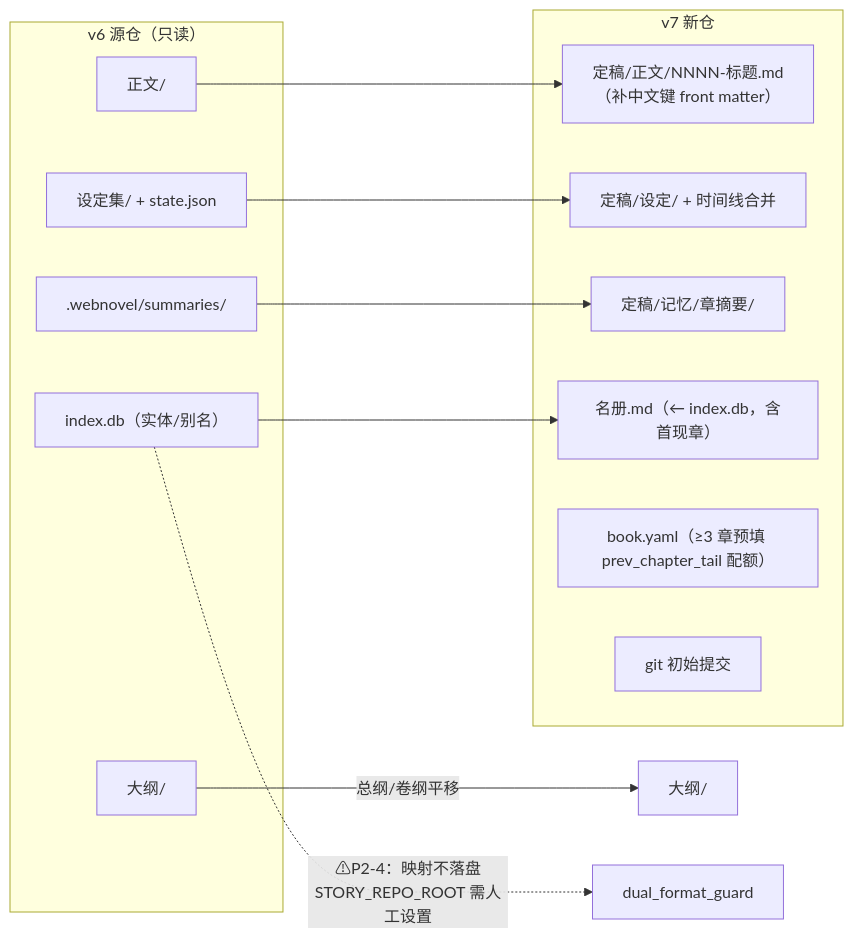
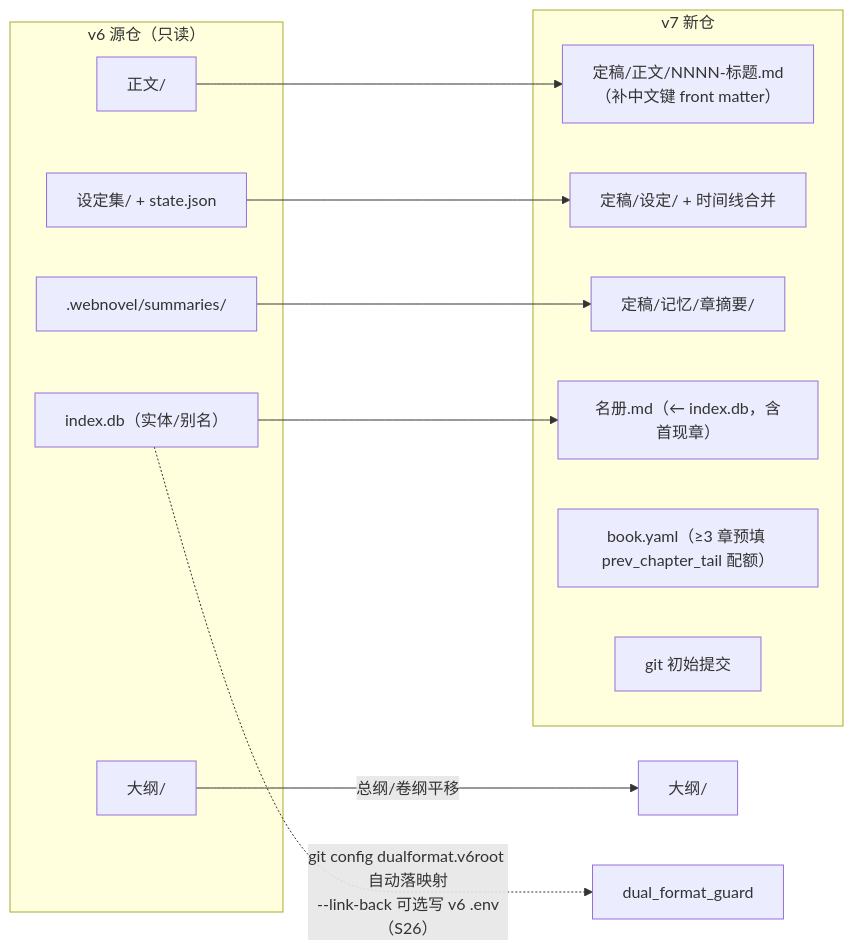
One commit to alittleseven/webnovel-writer changed the eighth of 8 diagrams in docs/architecture/functional-flow-and-data-flow.md. Above: the diagram before and after it, drawn with Mermaid. The commit also changed other lines of this file and 41 other files, not shown here.

````diff
--- a/docs/architecture/functional-flow-and-data-flow.md
+++ b/docs/architecture/functional-flow-and-data-flow.md
@@ -268,24 +268,24 @@
 ```mermaid
 flowchart LR
     subgraph V6S["v6 源仓（只读）"]
         ZW["正文/"]
         SJ["设定集/ + state.json"]
         IDX6["index.db（实体/别名）"]
         SUM6[".webnovel/summaries/"]
         DL6["大纲/"]
     end
     subgraph V7T["v7 新仓"]
         Z7["定稿/正文/NNNN-标题.md<br/>（补中文键 front matter）"]
         S7["定稿/设定/ + 时间线合并"]
         M7["定稿/记忆/章摘要/"]
         R7["名册.md（← index.db，含首现章）"]
         B7["book.yaml（≥3 章预填 prev_chapter_tail 配额）"]
         G7["git 初始提交"]
     end
     ZW --> Z7
     SJ --> S7
     IDX6 --> R7
     SUM6 --> M7
     DL6 -->|"总纲/卷纲平移"| V7D["大纲/"]
-    IDX6 -.->|"⚠P2-4：映射不落盘<br/>STORY_REPO_ROOT 需人工设置"| GUARD["dual_format_guard"]
+    IDX6 -.->|"git config dualformat.v6root 自动落映射<br/>--link-back 可选写 v6 .env（S26）"| GUARD["dual_format_guard"]
 ```
````
